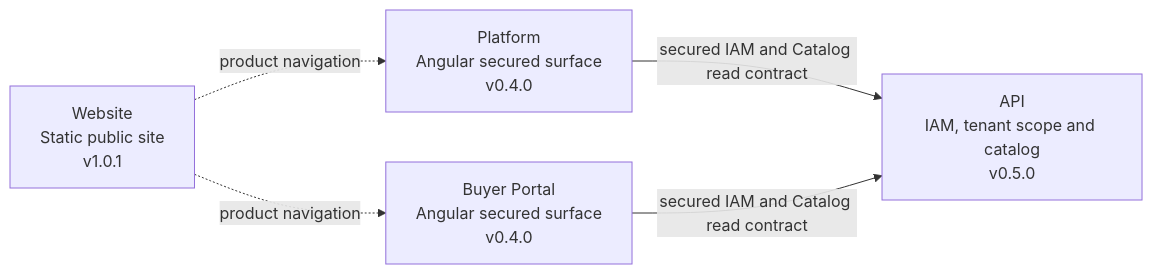
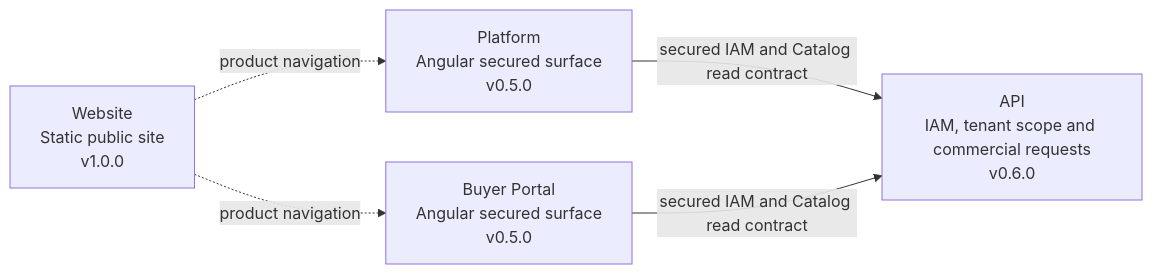
The diagram in README.md (nexa-suite/api), drawn with Mermaid before and after one commit. The commit also changed other lines of this file and 109 other files, not shown here.

````diff
--- a/README.md
+++ b/README.md
@@ -31,12 +31,12 @@
 ```mermaid
 flowchart LR
-    Website["Website<br/>Static public site<br/>v1.0.1"]
-    Platform["Platform<br/>Angular secured surface<br/>v0.4.0"]
-    Portal["Buyer Portal<br/>Angular secured surface<br/>v0.4.0"]
-    API["API<br/>IAM, tenant scope and catalog<br/>v0.5.0"]
+    Website["Website<br/>Static public site<br/>v1.0.0"]
+    Platform["Platform<br/>Angular secured surface<br/>v0.5.0"]
+    Portal["Buyer Portal<br/>Angular secured surface<br/>v0.5.0"]
+    API["API<br/>IAM, tenant scope and commercial requests<br/>v0.6.0"]
 
     Website -. "product navigation" .-> Platform
     Website -. "product navigation" .-> Portal
     Platform -->|"secured IAM and Catalog read contract"| API
     Portal -->|"secured IAM and Catalog read contract"| API
 ```
````
